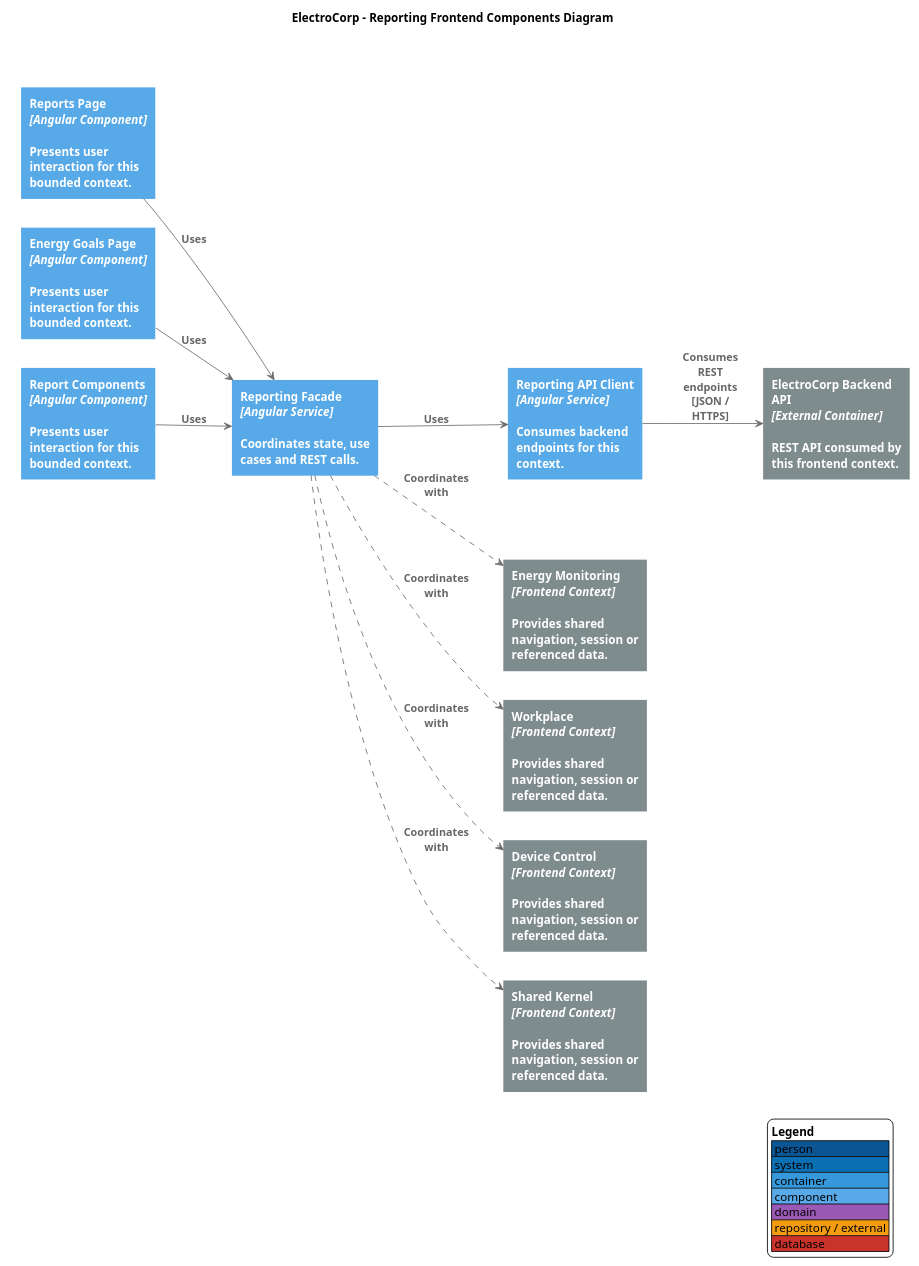
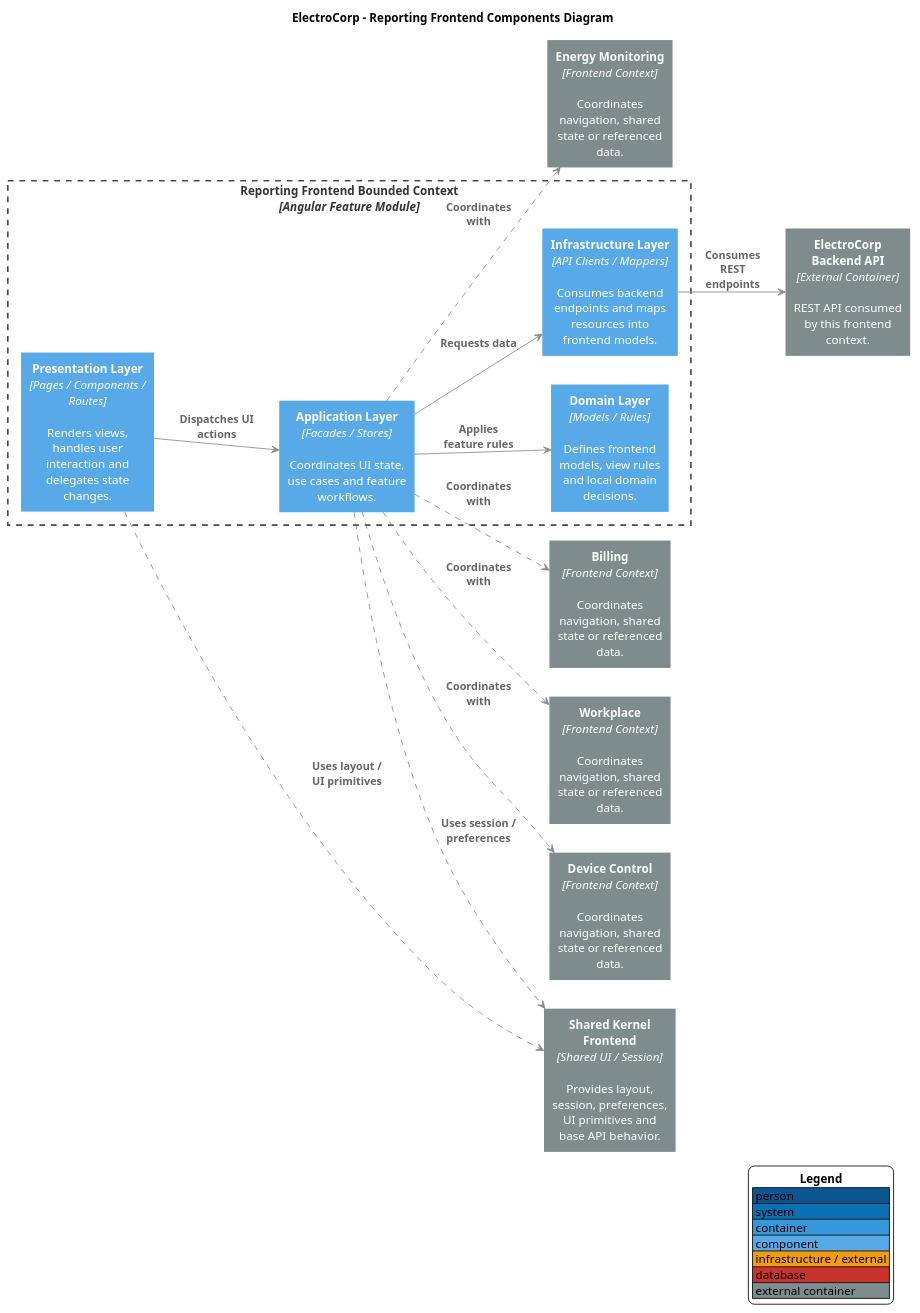
One commit to upc-pre-202610-1asi0729-11896-ecorp/electrocorp-report changed the diagram in docs/diagrams/components/frontend/bounded-contexts/reporting-frontend-components.puml. Above: the diagram before and after it, drawn with PlantUML. The commit also changed 29 other files, not shown here.

Commit message:
docs(c4): reorganize component diagrams by context and layers

```diff
--- a/docs/diagrams/components/frontend/bounded-contexts/reporting-frontend-components.puml
+++ b/docs/diagrams/components/frontend/bounded-contexts/reporting-frontend-components.puml
@@ -1,59 +1,76 @@
 @startuml
 skinparam backgroundColor #FFFFFF
 skinparam shadowing false
 skinparam defaultFontName Arial
-skinparam wrapWidth 170
-skinparam maxMessageSize 90
-skinparam ArrowColor #6B6B6B
+skinparam defaultTextAlignment center
+skinparam wrapWidth 145
+skinparam maxMessageSize 95
+skinparam ArrowColor #8A8A8A
 skinparam ArrowFontColor #666666
 skinparam ArrowFontStyle bold
+skinparam ArrowThickness 1
 skinparam rectangleRoundCorner 0
 skinparam rectangleBorderThickness 0
 skinparam rectangleFontColor #FFFFFF
-skinparam rectangleFontStyle bold
-skinparam packageStyle rectangle
-skinparam packageBorderColor #555555
-skinparam packageBackgroundColor transparent
-skinparam packageFontColor #444444
-skinparam packageFontStyle bold
+skinparam rectangleFontStyle plain
+skinparam rectangle {
+  BorderThickness 0
+}
+skinparam rectangle<<BoundedContext>> {
+  BackgroundColor transparent
+  BorderColor #4A4A4A
+  BorderThickness 2
+  BorderStyle dashed
+  FontColor #333333
+  FontStyle bold
+}
 skinparam databaseBackgroundColor #C9332B
 skinparam databaseBorderColor #C9332B
 skinparam databaseFontColor #FFFFFF
+skinparam databaseFontStyle plain
 hide stereotype
-title ElectroCorp - Reporting Frontend Components Diagram
 left to right direction
 
-package "Reporting Frontend Bounded Context\n[container]" {
-  rectangle "<b>Reports Page</b>\n<i>[Angular Component]</i>\n\nPresents user interaction for this bounded context." as P0 #58A9E8
-  rectangle "<b>Energy Goals Page</b>\n<i>[Angular Component]</i>\n\nPresents user interaction for this bounded context." as P1 #58A9E8
-  rectangle "<b>Report Components</b>\n<i>[Angular Component]</i>\n\nPresents user interaction for this bounded context." as P2 #58A9E8
-  rectangle "<b>Reporting Facade</b>\n<i>[Angular Service]</i>\n\nCoordinates state, use cases and REST calls." as Facade #58A9E8
-  rectangle "<b>Reporting API Client</b>\n<i>[Angular Service]</i>\n\nConsumes backend endpoints for this context." as Client #58A9E8
+title ElectroCorp - Reporting Frontend Components Diagram
+
+rectangle "<b>Reporting Frontend Bounded Context</b>\n<i>[Angular Feature Module]</i>" as Boundary <<BoundedContext>> {
+  rectangle "<b>Presentation Layer</b>\n<i>[Pages / Components / Routes]</i>\n\nRenders views, handles user interaction and delegates state changes." as Presentation #58A9E8
+  rectangle "<b>Application Layer</b>\n<i>[Facades / Stores]</i>\n\nCoordinates UI state, use cases and feature workflows." as Application #58A9E8
+  rectangle "<b>Domain Layer</b>\n<i>[Models / Rules]</i>\n\nDefines frontend models, view rules and local domain decisions." as Domain #58A9E8
+  rectangle "<b>Infrastructure Layer</b>\n<i>[API Clients / Mappers]</i>\n\nConsumes backend endpoints and maps resources into frontend models." as Infrastructure #58A9E8
 }
+
 rectangle "<b>ElectroCorp Backend API</b>\n<i>[External Container]</i>\n\nREST API consumed by this frontend context." as Backend #7F8C8D
-package "Connected Frontend Contexts\n[external containers]" {
-  rectangle "<b>Energy Monitoring</b>\n<i>[Frontend Context]</i>\n\nProvides shared navigation, session or referenced data." as Dep0 #7F8C8D
-  rectangle "<b>Workplace</b>\n<i>[Frontend Context]</i>\n\nProvides shared navigation, session or referenced data." as Dep1 #7F8C8D
-  rectangle "<b>Device Control</b>\n<i>[Frontend Context]</i>\n\nProvides shared navigation, session or referenced data." as Dep2 #7F8C8D
-  rectangle "<b>Shared Kernel</b>\n<i>[Frontend Context]</i>\n\nProvides shared navigation, session or referenced data." as Dep3 #7F8C8D
-}
-P0 --> Facade : Uses
-P1 --> Facade : Uses
-P2 --> Facade : Uses
-Facade --> Client : Uses
-Client --> Backend : Consumes REST endpoints\n[JSON / HTTPS]
-Facade ..> Dep0 : Coordinates with
-Facade ..> Dep1 : Coordinates with
-Facade ..> Dep2 : Coordinates with
-Facade ..> Dep3 : Coordinates with
+rectangle "<b>Shared Kernel Frontend</b>\n<i>[Shared UI / Session]</i>\n\nProvides layout, session, preferences, UI primitives and base API behavior." as Shared #7F8C8D
+rectangle "<b>Billing</b>\n<i>[Frontend Context]</i>\n\nCoordinates navigation, shared state or referenced data." as Dep0 #7F8C8D
+rectangle "<b>Workplace</b>\n<i>[Frontend Context]</i>\n\nCoordinates navigation, shared state or referenced data." as Dep1 #7F8C8D
+rectangle "<b>Device Control</b>\n<i>[Frontend Context]</i>\n\nCoordinates navigation, shared state or referenced data." as Dep2 #7F8C8D
+rectangle "<b>Energy Monitoring</b>\n<i>[Frontend Context]</i>\n\nCoordinates navigation, shared state or referenced data." as Dep3 #7F8C8D
+
+Presentation --> Application : Dispatches UI actions
+Application --> Domain : Applies feature rules
+Application --> Infrastructure : Requests data
+Infrastructure --> Backend : Consumes REST endpoints
+Presentation ..> Shared : Uses layout / UI primitives
+Application ..> Shared : Uses session / preferences
+Application ..> Dep0 : Coordinates with
+Application ..> Dep1 : Coordinates with
+Application ..> Dep2 : Coordinates with
+Application ..> Dep3 : Coordinates with
+
+Presentation -[hidden]right- Application
+Application -[hidden]right- Domain
+Domain -[hidden]right- Infrastructure
+
 legend right
   <b>Legend</b>
   |<#0B5593> person |
   |<#0B6FB3> system |
   |<#3498DB> container |
   |<#58A9E8> component |
-  |<#9B59B6> domain |
-  |<#F39C12> repository / external |
+  |<#F39C12> infrastructure / external |
   |<#C9332B> database |
+  |<#7F8C8D> external container |
 endlegend
+
 @enduml
```
